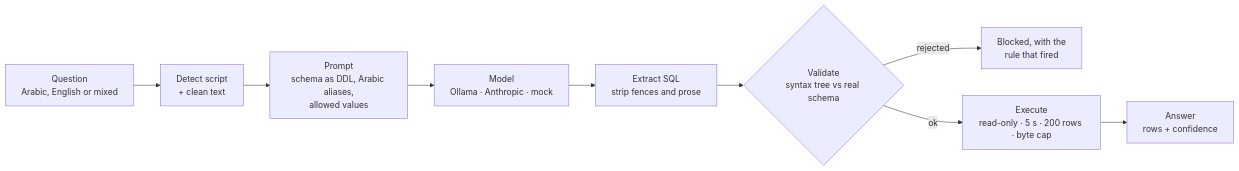
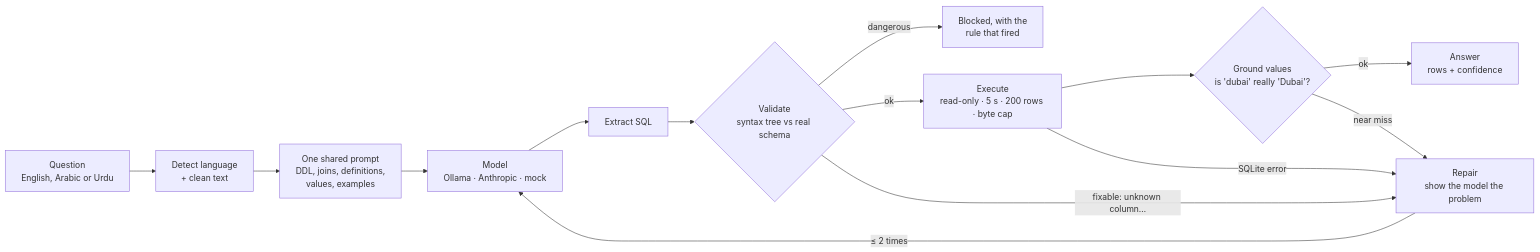
One commit to Adilmp/text-to-sql-guardrails changed the diagram in README.md. Above: the diagram before and after it, drawn with Mermaid. The commit also changed other lines of this file and 33 other files, not shown here.

````diff
--- a/README.md
+++ b/README.md
@@ -42,11 +49,16 @@
 ```mermaid
 flowchart LR
-    Q["Question<br/>Arabic, English or mixed"] --> N["Detect script<br/>+ clean text"]
-    N --> P["Prompt<br/>schema as DDL, Arabic aliases,<br/>allowed values"]
+    Q["Question<br/>English, Arabic or Urdu"] --> N["Detect language<br/>+ clean text"]
+    N --> P["One shared prompt<br/>DDL, joins, definitions,<br/>values, examples"]
     P --> M["Model<br/>Ollama · Anthropic · mock"]
-    M --> X["Extract SQL<br/>strip fences and prose"]
+    M --> X["Extract SQL"]
     X --> V{"Validate<br/>syntax tree vs real schema"}
-    V -- "rejected" --> R["Blocked, with the<br/>rule that fired"]
+    V -- "dangerous" --> R["Blocked, with the<br/>rule that fired"]
     V -- "ok" --> E["Execute<br/>read-only · 5 s · 200 rows · byte cap"]
-    E --> C["Answer<br/>rows + confidence"]
+    E --> G{"Ground values<br/>is 'dubai' really 'Dubai'?"}
+    G -- "ok" --> C["Answer<br/>rows + confidence"]
+    V -- "fixable: unknown column…" --> F["Repair<br/>show the model the problem"]
+    E -- "SQLite error" --> F
+    G -- "near miss" --> F
+    F -- "≤ 2 times" --> M
 ```
````
